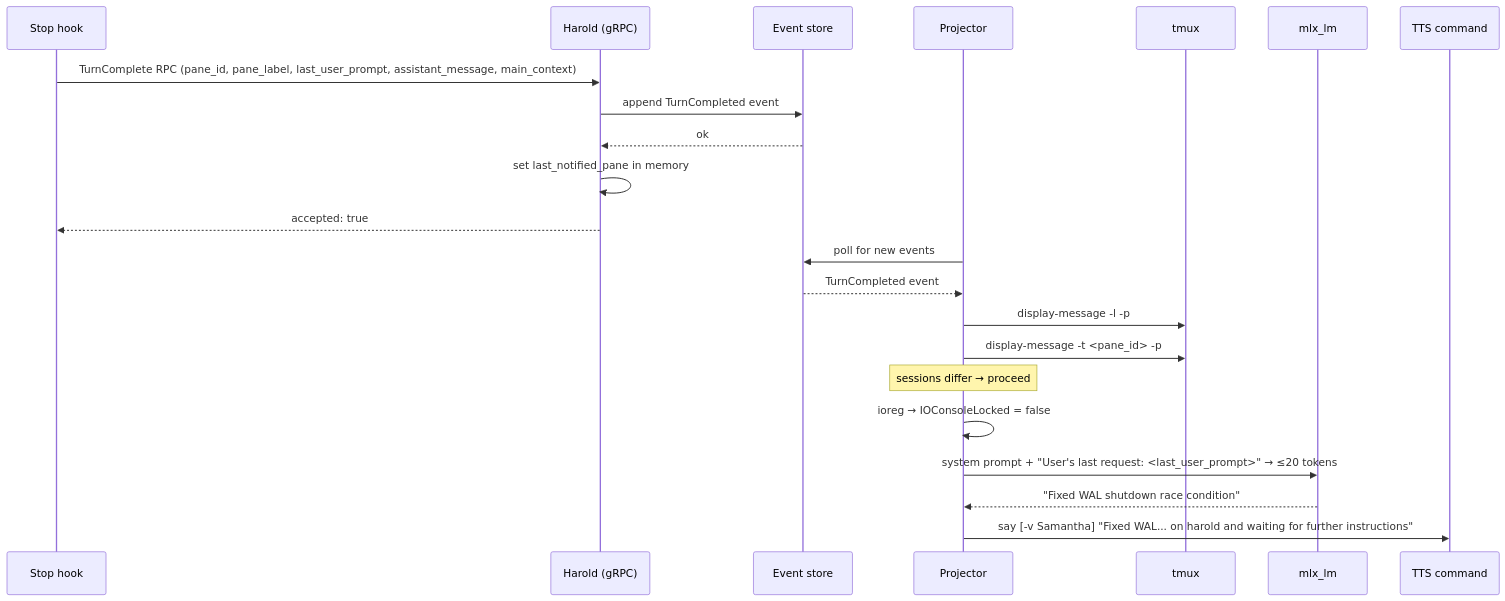
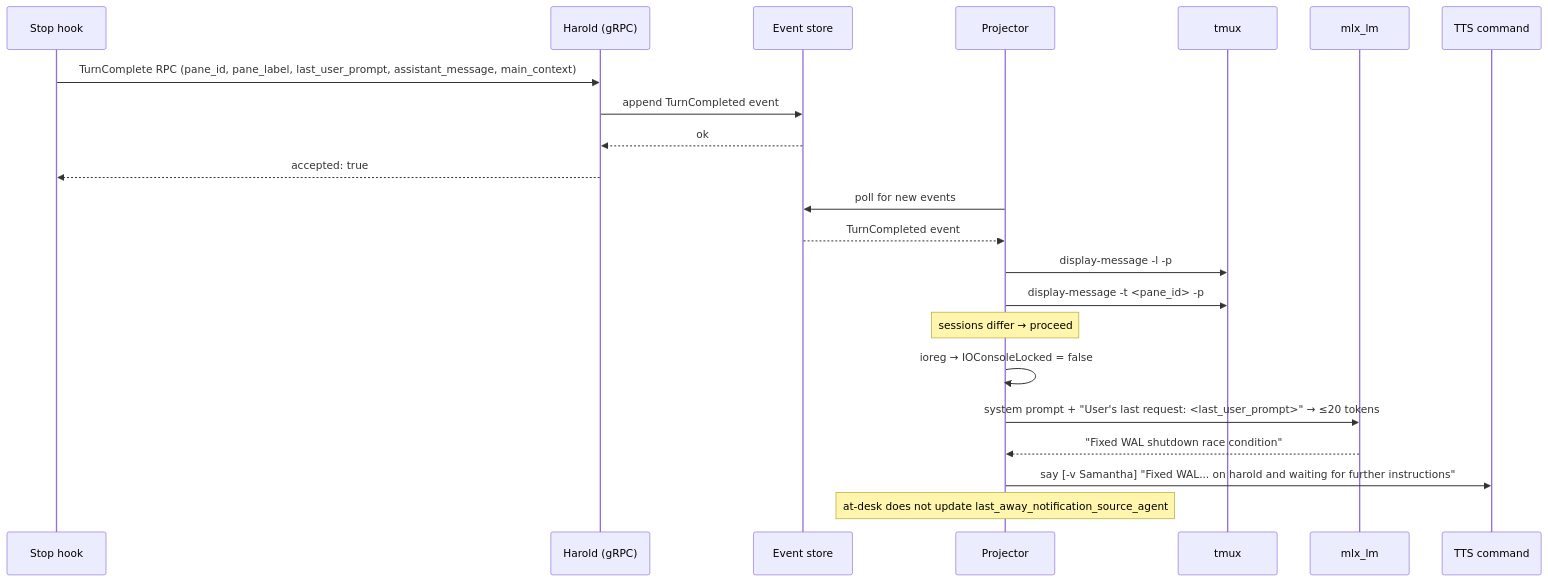
The first of 2 diagrams in docs/references/notification/README.md (kahgeh/harold), drawn with Mermaid before and after one commit. The commit also changed other lines of this file and 13 other files, not shown here.

````diff
--- a/docs/references/notification/README.md
+++ b/docs/references/notification/README.md
@@ -74,26 +74,26 @@
 ```mermaid
 sequenceDiagram
     participant Hook as Stop hook
     participant gRPC as Harold (gRPC)
     participant Store as Event store
     participant Projector
     participant Tmux as tmux
     participant LocalModel as mlx_lm
     participant TTS as TTS command
 
     Hook->>gRPC: TurnComplete RPC (pane_id, pane_label, last_user_prompt, assistant_message, main_context)
     gRPC->>Store: append TurnCompleted event
     Store-->>gRPC: ok
-    gRPC->>gRPC: set last_notified_pane in memory
     gRPC-->>Hook: accepted: true
 
     Projector->>Store: poll for new events
     Store-->>Projector: TurnCompleted event
     Projector->>Tmux: display-message -l -p #{session_name} → MRU client session
     Projector->>Tmux: display-message -t <pane_id> -p #{session_name} → pane session
     note over Projector: sessions differ → proceed
     Projector->>Projector: ioreg → IOConsoleLocked = false
     Projector->>LocalModel: system prompt + "User's last request: <last_user_prompt>" → ≤20 tokens
     LocalModel-->>Projector: "Fixed WAL shutdown race condition"
     Projector->>TTS: say [-v Samantha] "Fixed WAL... on harold and waiting for further instructions"
+    note over Projector: at-desk does not update last_away_notification_source_agent
 ```
````
